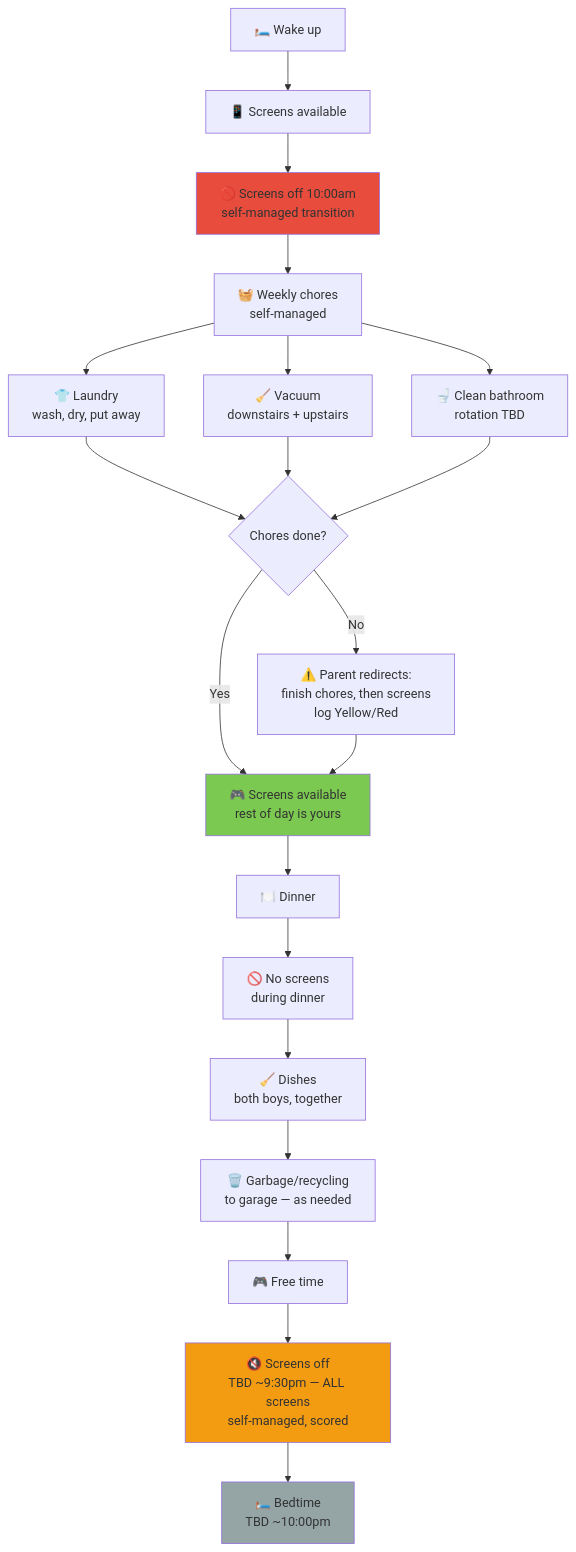
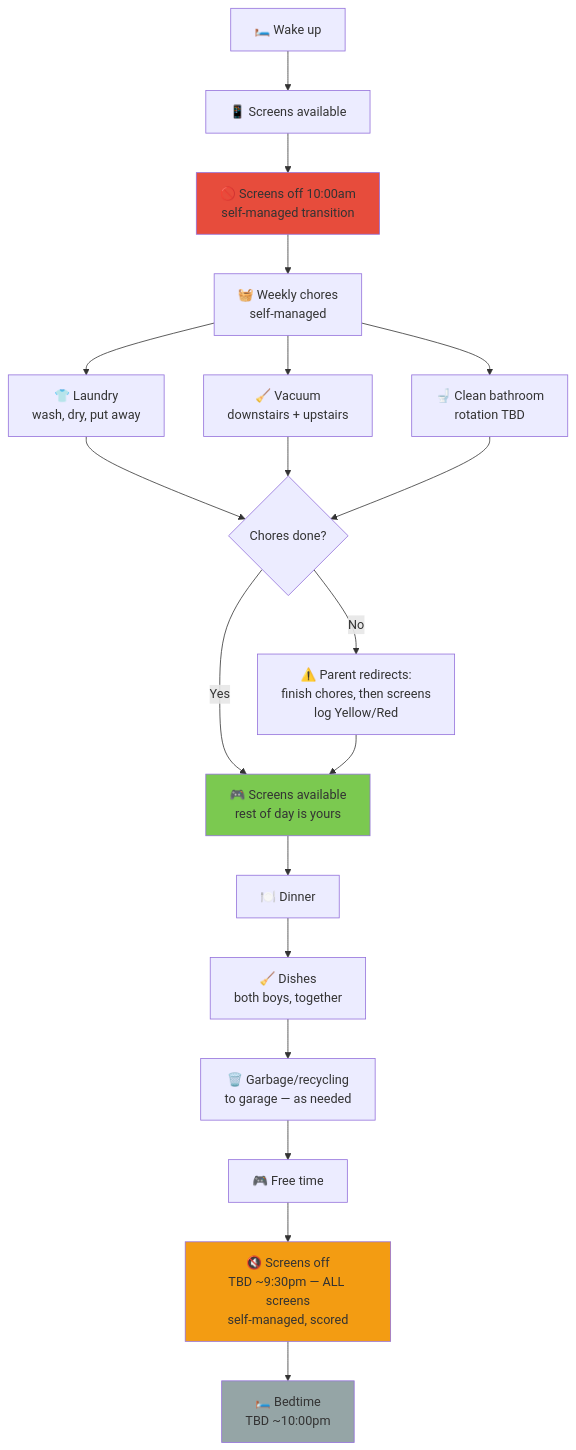
The second of 2 diagrams in day-types/02-saturday.md (ajass/technology-reset), drawn with Mermaid before and after one commit. The commit also changed other lines of this file and 8 other files, not shown here.

First line of the commit message:
Remove 'no screens during dinner' rule — boys already get it

````diff
--- a/day-types/02-saturday.md
+++ b/day-types/02-saturday.md
@@ -51,27 +50,26 @@
 ```mermaid
 flowchart TD
     A["🛏️ Wake up"] --> B["📱 Screens available"]
     B --> C["🚫 Screens off 10:00am<br/>self-managed transition"]
     C --> D["🧺 Weekly chores<br/>self-managed"]
     D --> D1["👕 Laundry<br/>wash, dry, put away"]
     D --> D2["🧹 Vacuum<br/>downstairs + upstairs"]
     D --> D3["🚽 Clean bathroom<br/>rotation TBD"]
     D1 --> E{"Chores done?"}
     D2 --> E
     D3 --> E
     E -->|Yes| F["🎮 Screens available<br/>rest of day is yours"]
     E -->|No| G["⚠️ Parent redirects:<br/>finish chores, then screens<br/>log Yellow/Red"]
     G --> F
     F --> H["🍽️ Dinner"]
-    H --> I["🚫 No screens<br/>during dinner"]
-    I --> J["🧹 Dishes<br/>both boys, together"]
+    H --> J["🧹 Dishes<br/>both boys, together"]
     J --> K["🗑️ Garbage/recycling<br/>to garage — as needed"]
     K --> L["🎮 Free time"]
     L --> M["🔇 Screens off<br/>TBD ~9:30pm — ALL screens<br/>self-managed, scored"]
     M --> N["🛏️ Bedtime<br/>TBD ~10:00pm"]
 
     style C fill:#e74c3c
     style F fill:#7bc950
     style M fill:#f39c12
     style N fill:#95a5a6
 ```
````
